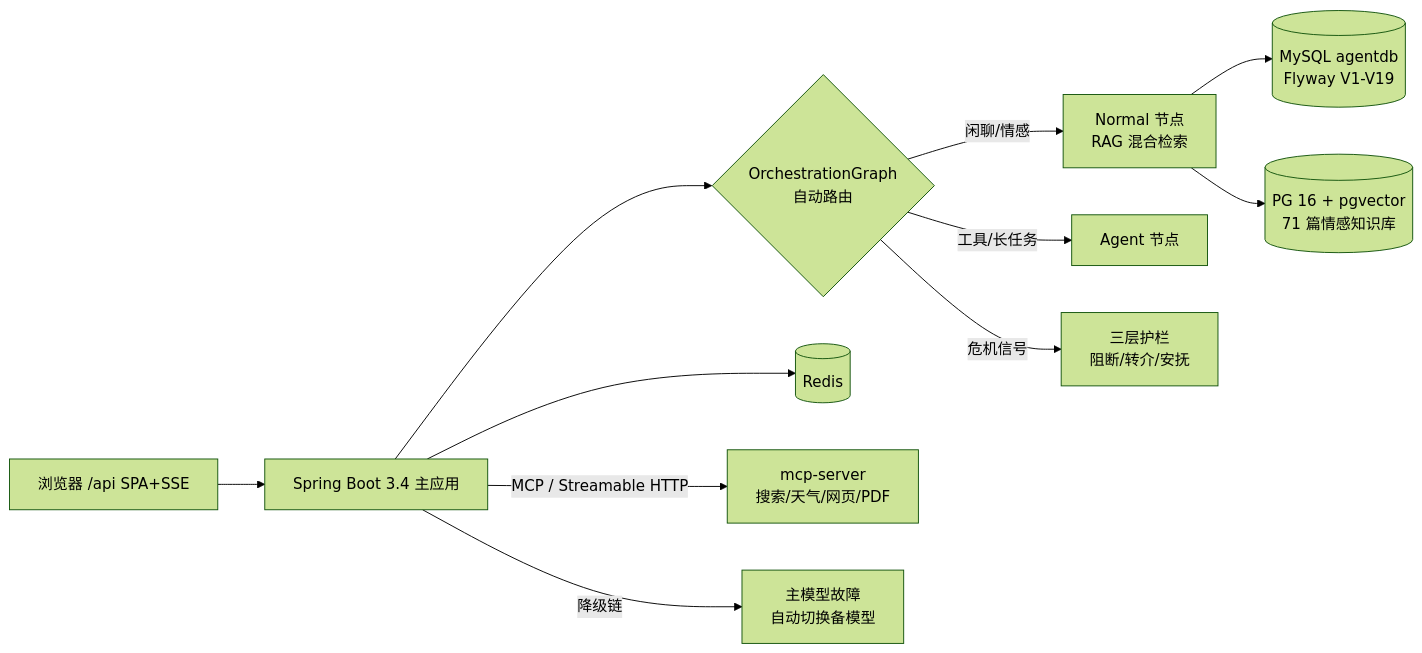
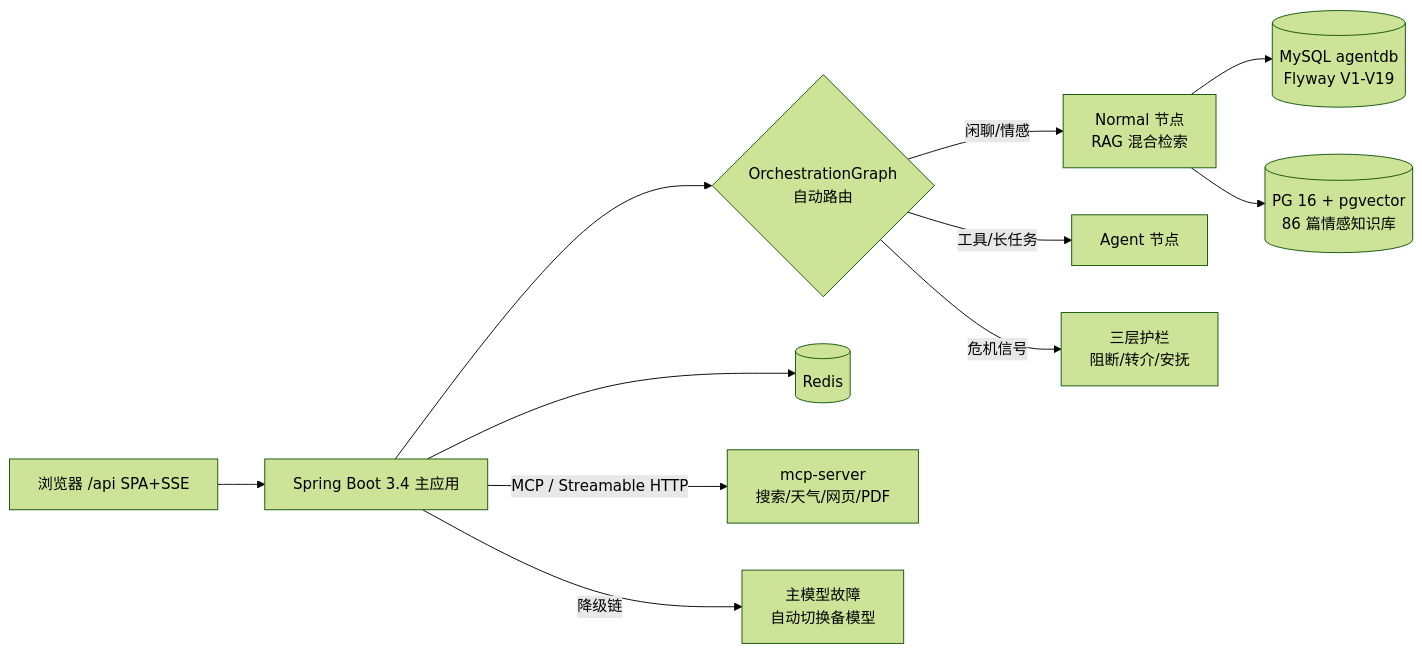
Before and after one commit to Mitsuki-lwx/LoveHelping-agent: the diagram in README.md, drawn with Mermaid (forest theme). The commit also changed other lines of this file and 15 other files, not shown here.

````diff
--- a/README.md
+++ b/README.md
@@ -120,13 +120,13 @@
 ```mermaid
 flowchart LR
   U[浏览器 /api SPA+SSE] --> A[Spring Boot 3.4 主应用]
   A --> C{OrchestrationGraph<br/>自动路由}
   C -->|闲聊/情感| N[Normal 节点<br/>RAG 混合检索]
   C -->|工具/长任务| T[Agent 节点]
   C -->|危机信号| G[三层护栏<br/>阻断/转介/安抚]
   N --> KB[(MySQL agentdb<br/>Flyway V1-V19)]
-  N --> V[(PG 16 + pgvector<br/>71 篇情感知识库)]
+  N --> V[(PG 16 + pgvector<br/>86 篇情感知识库)]
   A --> R[(Redis)]
   A -->|MCP / Streamable HTTP| M[mcp-server<br/>搜索/天气/网页/PDF]
   A -->|降级链| F[主模型故障<br/>自动切换备模型]
 ```
````
